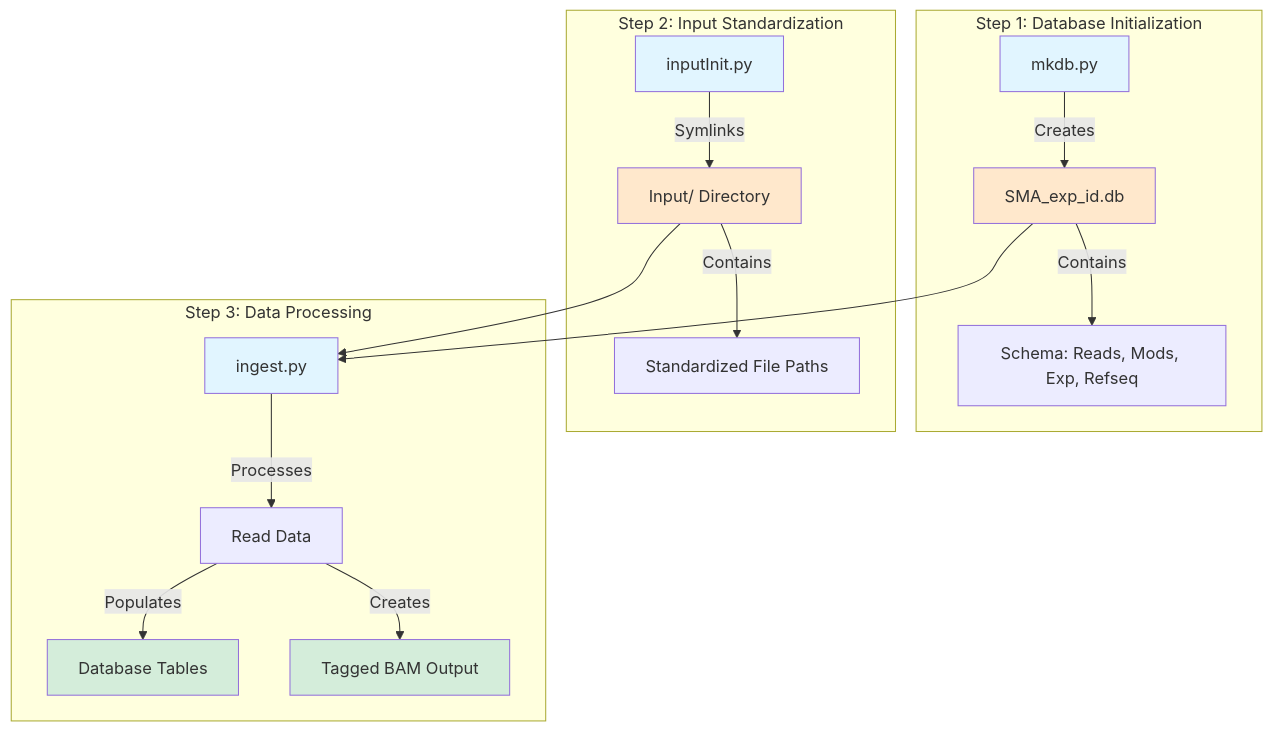
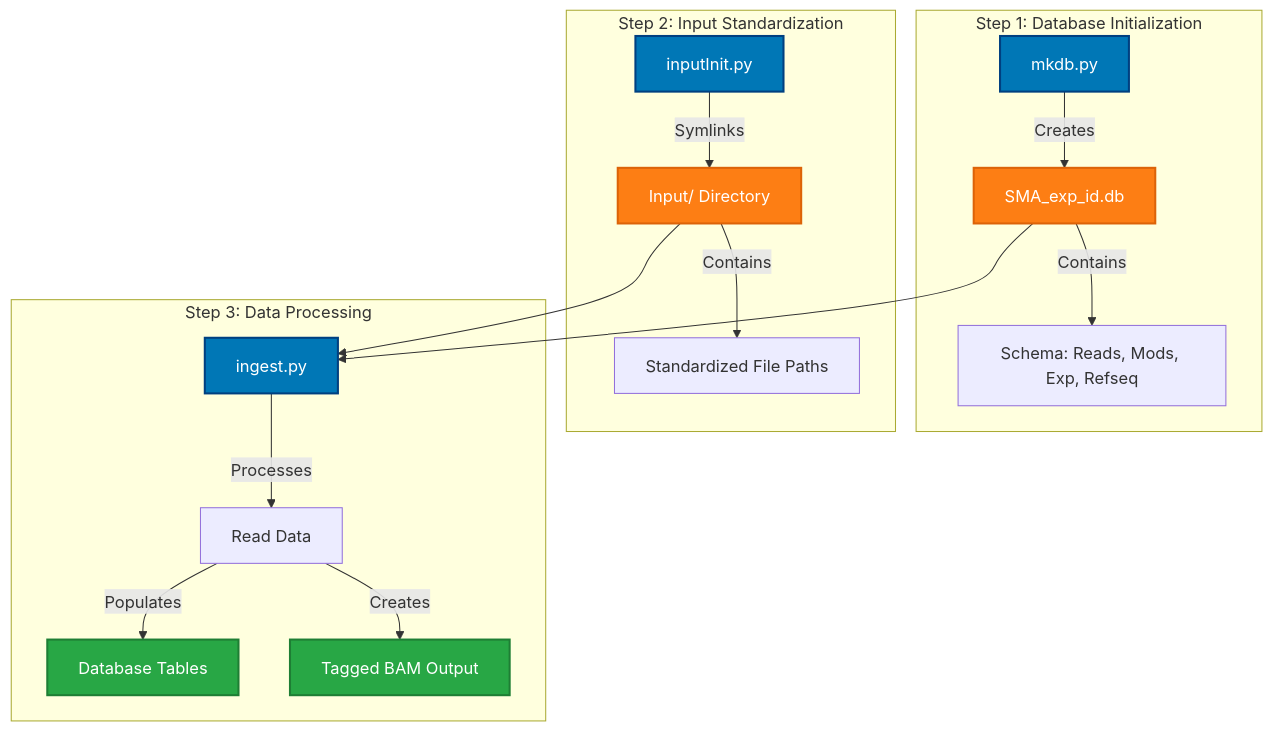
The first of 7 diagrams in DIAGRAMS.md (Single-Molecule-Sequencing/ONT-SMA-seq), drawn with Mermaid before and after one commit. The commit also changed other lines of this file and 1 other file, not shown here.

Commit message:
Improve color scheme for better readability in diagrams

````diff
--- a/DIAGRAMS.md
+++ b/DIAGRAMS.md
@@ -7,29 +7,29 @@
 ```mermaid
 graph TB
     subgraph "Step 1: Database Initialization"
         A1[mkdb.py] -->|Creates| A2[SMA_exp_id.db]
         A2 -->|Contains| A3[Schema: Reads, Mods, Exp, Refseq]
     end
     
     subgraph "Step 2: Input Standardization"
         B1[inputInit.py] -->|Symlinks| B2[Input/ Directory]
         B2 -->|Contains| B3[Standardized File Paths]
     end
     
     subgraph "Step 3: Data Processing"
         C1[ingest.py] -->|Processes| C2[Read Data]
         C2 -->|Populates| C3[Database Tables]
         C2 -->|Creates| C4[Tagged BAM Output]
     end
     
     A2 --> C1
     B2 --> C1
     
-    style A1 fill:#e1f5ff
-    style B1 fill:#e1f5ff
-    style C1 fill:#e1f5ff
-    style A2 fill:#ffe8cc
-    style B2 fill:#ffe8cc
-    style C3 fill:#d4edda
-    style C4 fill:#d4edda
+    style A1 fill:#0077b6,stroke:#004080,stroke-width:2px,color:#fff
+    style B1 fill:#0077b6,stroke:#004080,stroke-width:2px,color:#fff
+    style C1 fill:#0077b6,stroke:#004080,stroke-width:2px,color:#fff
+    style A2 fill:#fd7e14,stroke:#dc6308,stroke-width:2px,color:#fff
+    style B2 fill:#fd7e14,stroke:#dc6308,stroke-width:2px,color:#fff
+    style C3 fill:#28a745,stroke:#1e7e34,stroke-width:2px,color:#fff
+    style C4 fill:#28a745,stroke:#1e7e34,stroke-width:2px,color:#fff
 ```
````
